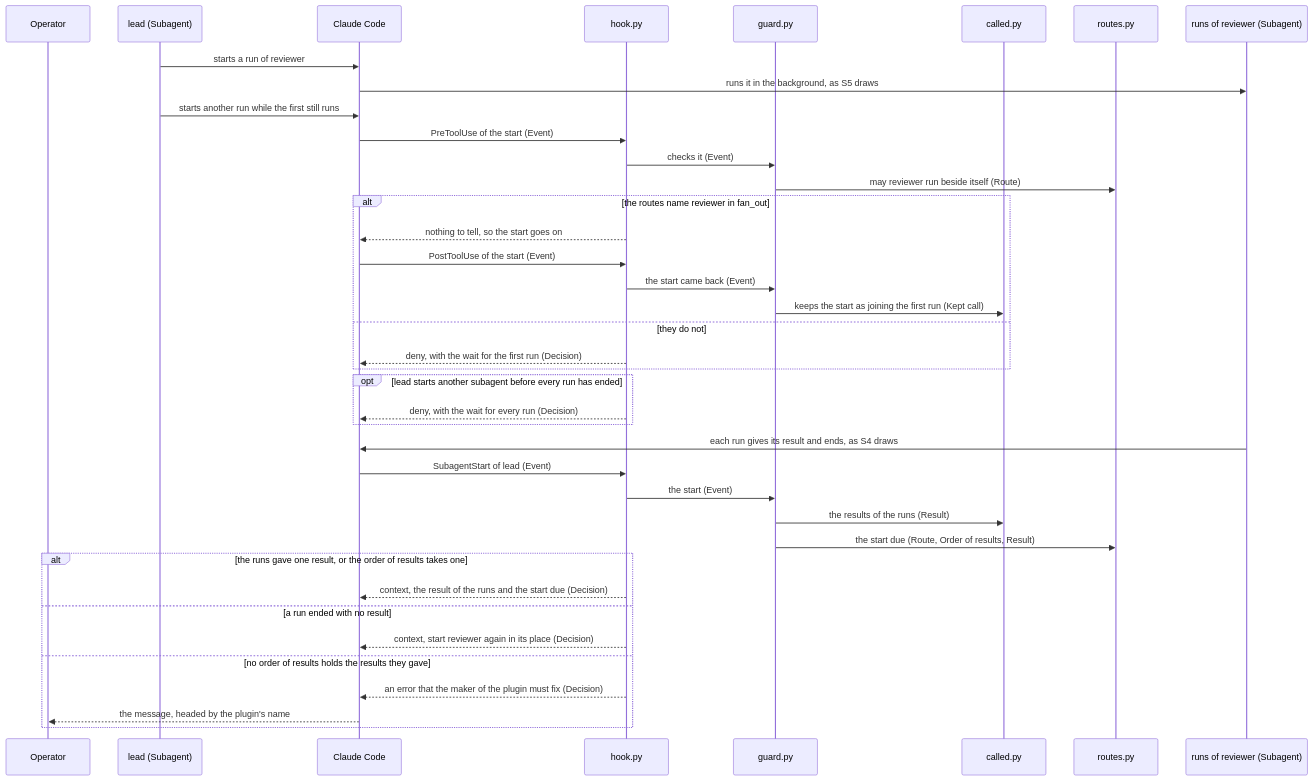
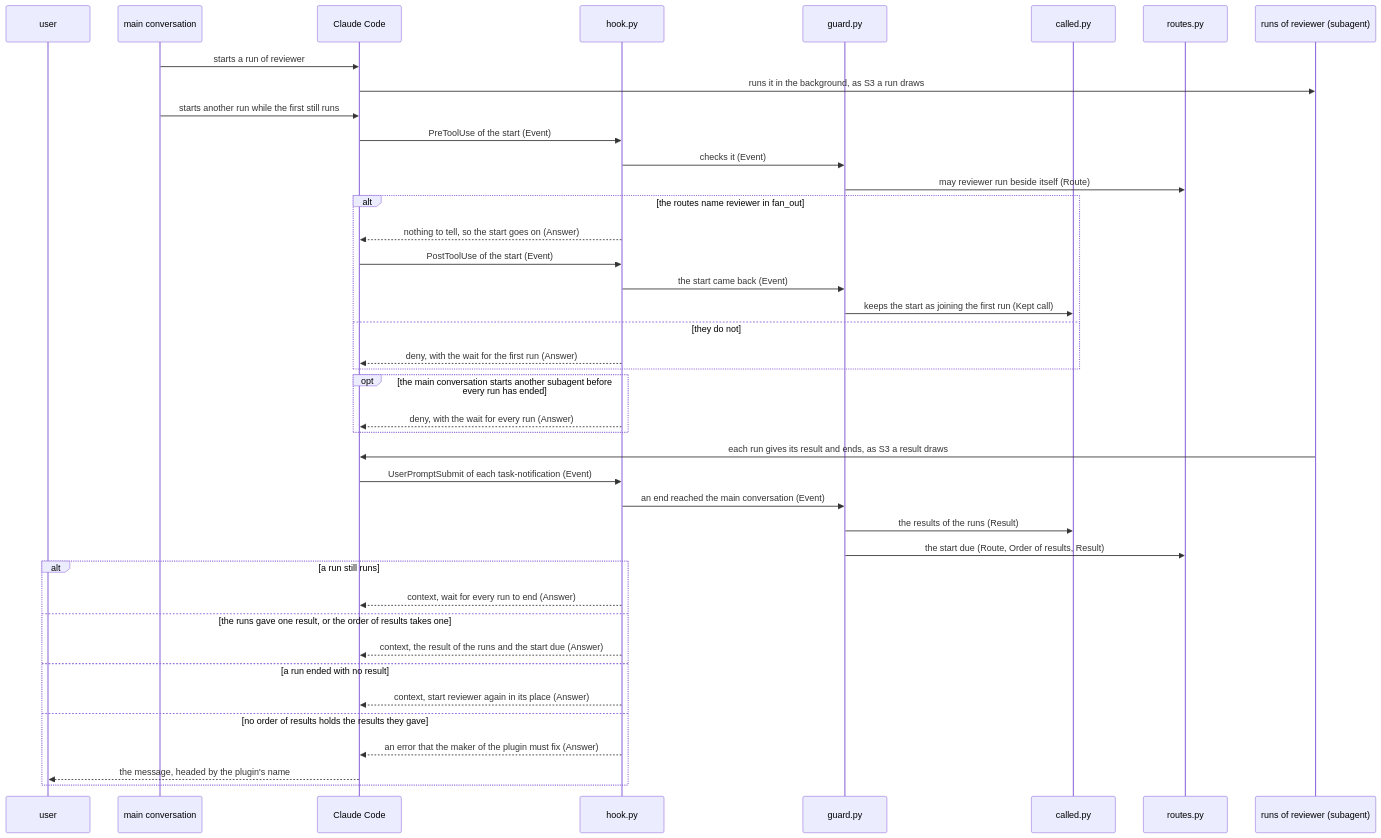
The sixth of 7 diagrams in dev/lane/architecture.md (lovaizu/ccpm), drawn with Mermaid before and after one commit. The commit also changed other lines of this file and 5 other files, not shown here.

````diff
--- a/dev/lane/architecture.md
+++ b/dev/lane/architecture.md
@@ -543,41 +582,43 @@
 ```mermaid
 sequenceDiagram
-  participant OP as Operator
-  participant O as lead (Subagent)
+  participant U as user
+  participant M as main conversation
   participant CC as Claude Code
   participant H as hook.py
   participant G as guard.py
   participant C as called.py
   participant RT as routes.py
-  participant S as runs of reviewer (Subagent)
-  O->>CC: starts a run of reviewer
-  CC->>S: runs it in the background, as S5 draws
-  O->>CC: starts another run while the first still runs
+  participant S as runs of reviewer (subagent)
+  M->>CC: starts a run of reviewer
+  CC->>S: runs it in the background, as S3 a run draws
+  M->>CC: starts another run while the first still runs
   CC->>H: PreToolUse of the start (Event)
   H->>G: checks it (Event)
   G->>RT: may reviewer run beside itself (Route)
   alt the routes name reviewer in fan_out
-    H-->>CC: nothing to tell, so the start goes on
+    H-->>CC: nothing to tell, so the start goes on (Answer)
     CC->>H: PostToolUse of the start (Event)
     H->>G: the start came back (Event)
     G->>C: keeps the start as joining the first run (Kept call)
   else they do not
-    H-->>CC: deny, with the wait for the first run (Decision)
+    H-->>CC: deny, with the wait for the first run (Answer)
   end
-  opt lead starts another subagent before every run has ended
-    H-->>CC: deny, with the wait for every run (Decision)
+  opt the main conversation starts another subagent before every run has ended
+    H-->>CC: deny, with the wait for every run (Answer)
   end
-  S->>CC: each run gives its result and ends, as S4 draws
-  CC->>H: SubagentStart of lead (Event)
-  H->>G: the start (Event)
+  S->>CC: each run gives its result and ends, as S3 a result draws
+  CC->>H: UserPromptSubmit of each task-notification (Event)
+  H->>G: an end reached the main conversation (Event)
   G->>C: the results of the runs (Result)
   G->>RT: the start due (Route, Order of results, Result)
-  alt the runs gave one result, or the order of results takes one
-    H-->>CC: context, the result of the runs and the start due (Decision)
+  alt a run still runs
+    H-->>CC: context, wait for every run to end (Answer)
+  else the runs gave one result, or the order of results takes one
+    H-->>CC: context, the result of the runs and the start due (Answer)
   else a run ended with no result
-    H-->>CC: context, start reviewer again in its place (Decision)
+    H-->>CC: context, start reviewer again in its place (Answer)
   else no order of results holds the results they gave
-    H-->>CC: an error that the maker of the plugin must fix (Decision)
-    CC-->>OP: the message, headed by the plugin's name
+    H-->>CC: an error that the maker of the plugin must fix (Answer)
+    CC-->>U: the message, headed by the plugin's name
   end
 ```
````
